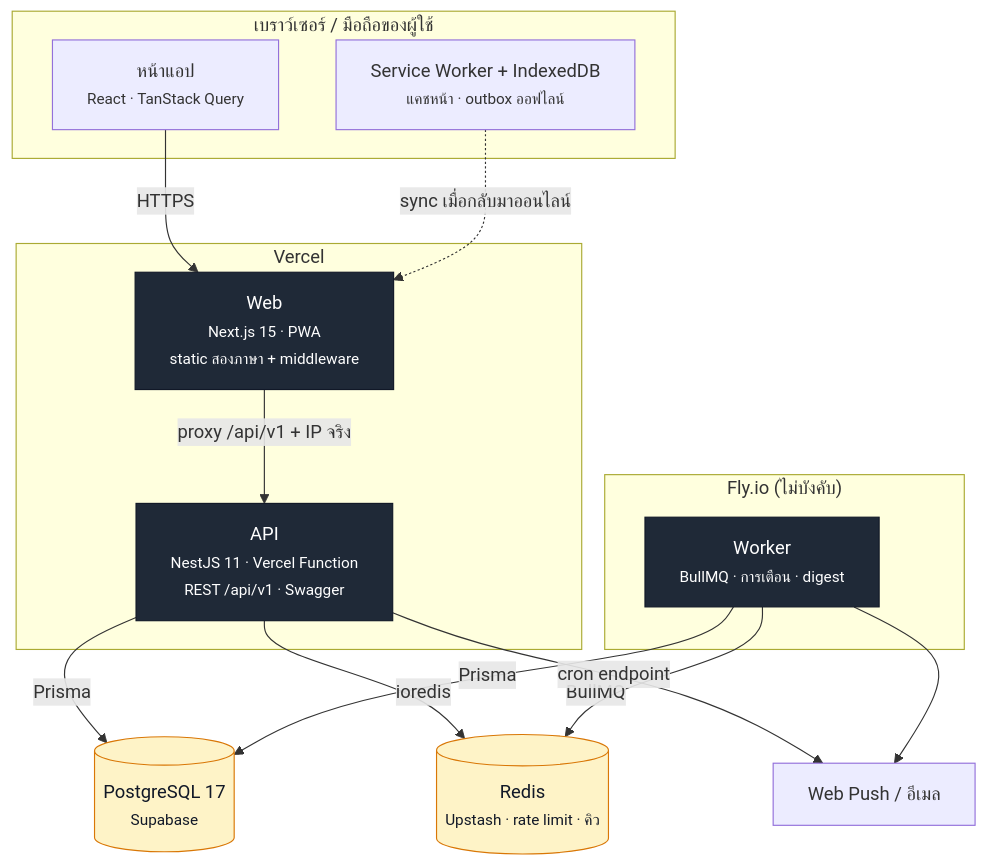
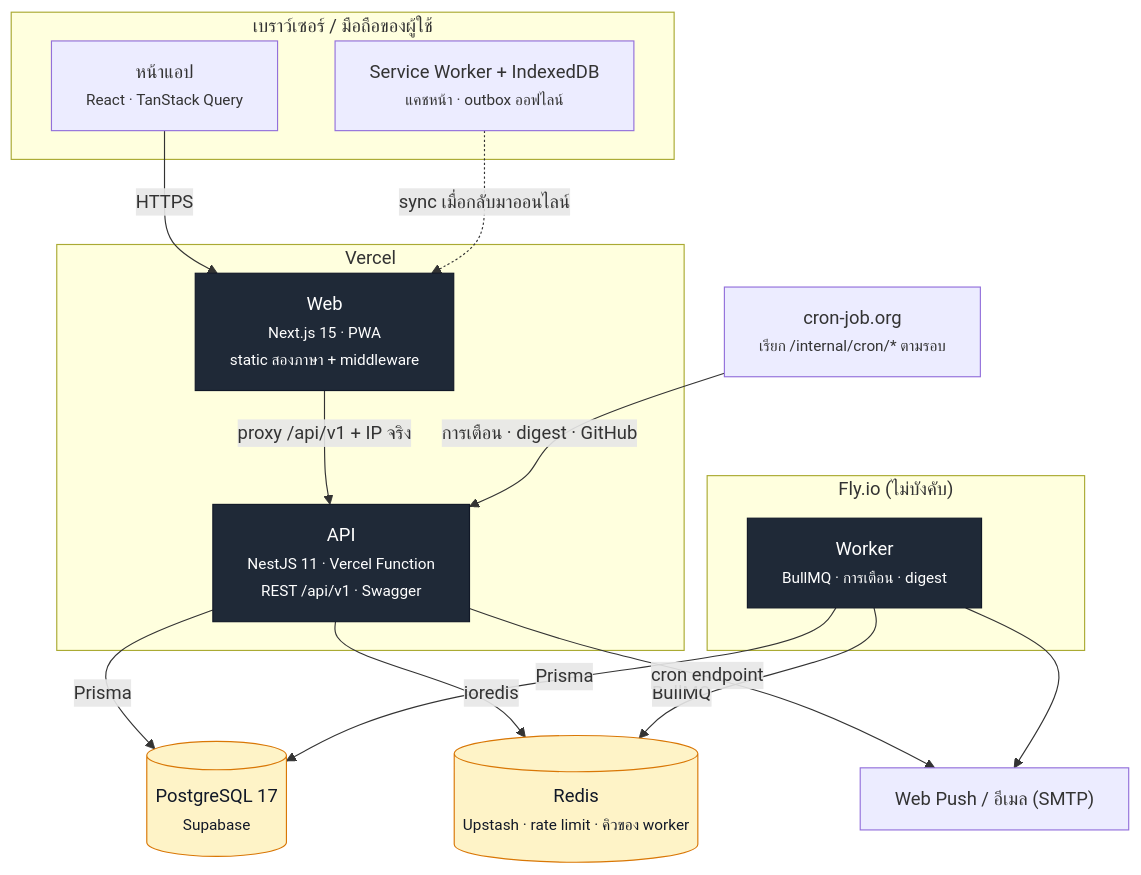
Before and after one commit to J-22-P/nosion: the second of 2 diagrams in docs/diagrams/README.md, drawn with Mermaid. The commit also changed other lines of this file and 3 other files, not shown here.

Commit message:
docs: README และแผนภาพตามระบบที่ใช้จริง — cron-job.org แทน worker · อีเมลผ่าน SMTP · feature งานล่าสุด · ตัดภาพรวมใน production.md

````diff
--- a/docs/diagrams/README.md
+++ b/docs/diagrams/README.md
@@ -47,35 +47,37 @@
 ```mermaid
 flowchart TB
   subgraph browser["เบราว์เซอร์ / มือถือของผู้ใช้"]
     ui["หน้าแอป<br/><small>React · TanStack Query</small>"]
     sw["Service Worker + IndexedDB<br/><small>แคชหน้า · outbox ออฟไลน์</small>"]
   end
 
   subgraph vercel["Vercel"]
     web["Web<br/><small>Next.js 15 · PWA<br/>static สองภาษา + middleware</small>"]
     api["API<br/><small>NestJS 11 · Vercel Function<br/>REST /api/v1 · Swagger</small>"]
   end
 
   subgraph fly["Fly.io (ไม่บังคับ)"]
     worker["Worker<br/><small>BullMQ · การเตือน · digest</small>"]
   end
 
+  cron["cron-job.org<br/><small>เรียก /internal/cron/* ตามรอบ</small>"]
   db[("PostgreSQL 17<br/><small>Supabase</small>")]
-  redis[("Redis<br/><small>Upstash · rate limit · คิว</small>")]
-  out["Web Push / อีเมล"]
+  redis[("Redis<br/><small>Upstash · rate limit · คิวของ worker</small>")]
+  out["Web Push / อีเมล (SMTP)"]
 
   ui -- "HTTPS" --> web
   sw -. "sync เมื่อกลับมาออนไลน์" .-> web
   web -- "proxy /api/v1 + IP จริง" --> api
   api -- Prisma --> db
   api -- ioredis --> redis
   worker -- Prisma --> db
   worker -- BullMQ --> redis
+  cron -- "การเตือน · digest · GitHub" --> api
   api -- "cron endpoint" --> out
   worker --> out
 
   classDef box fill:#1f2937,stroke:#111827,color:#fff
   classDef store fill:#fef3c7,stroke:#d97706,color:#111827
   class web,api,worker box
   class db,redis store
 ```
````
